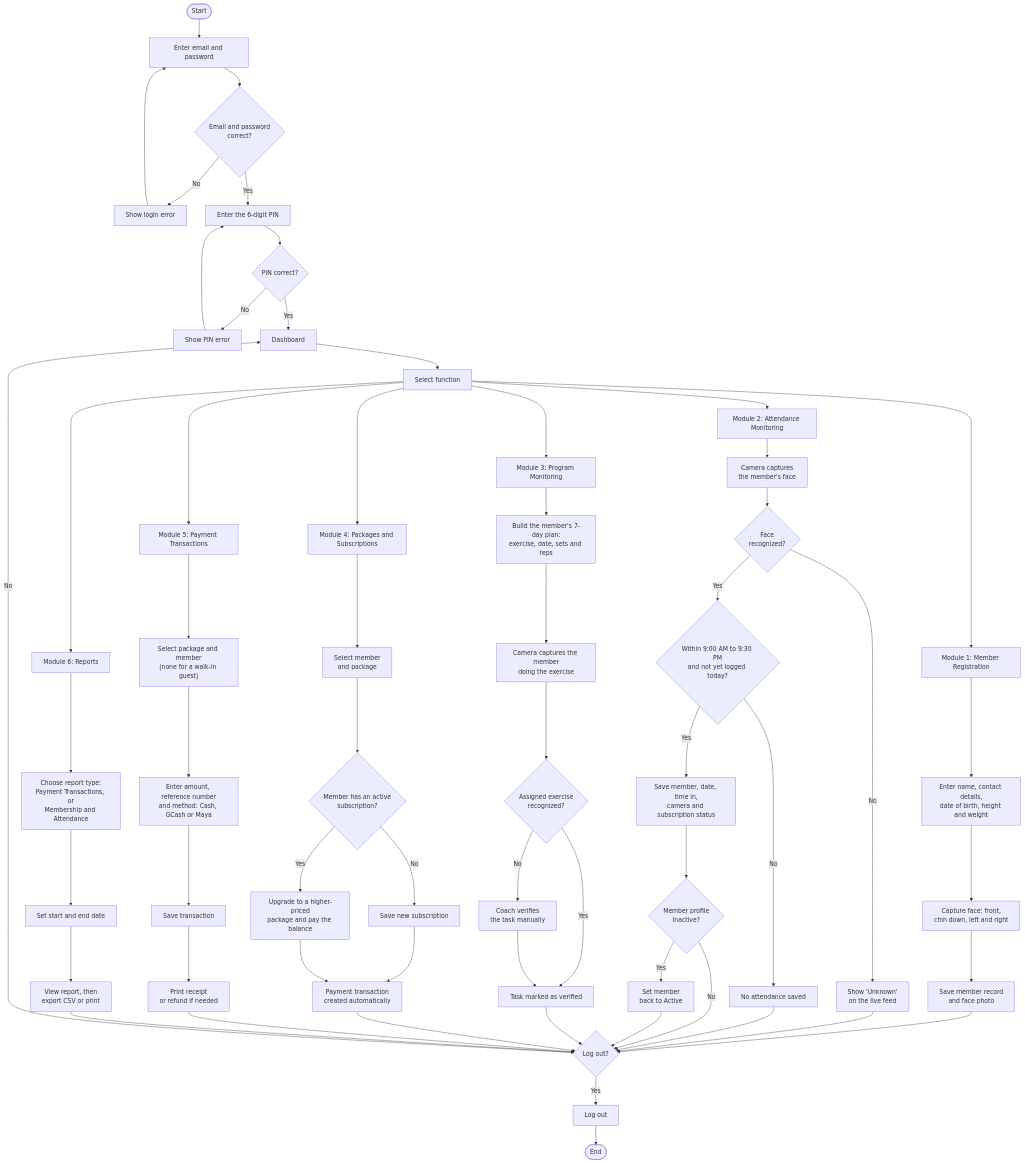
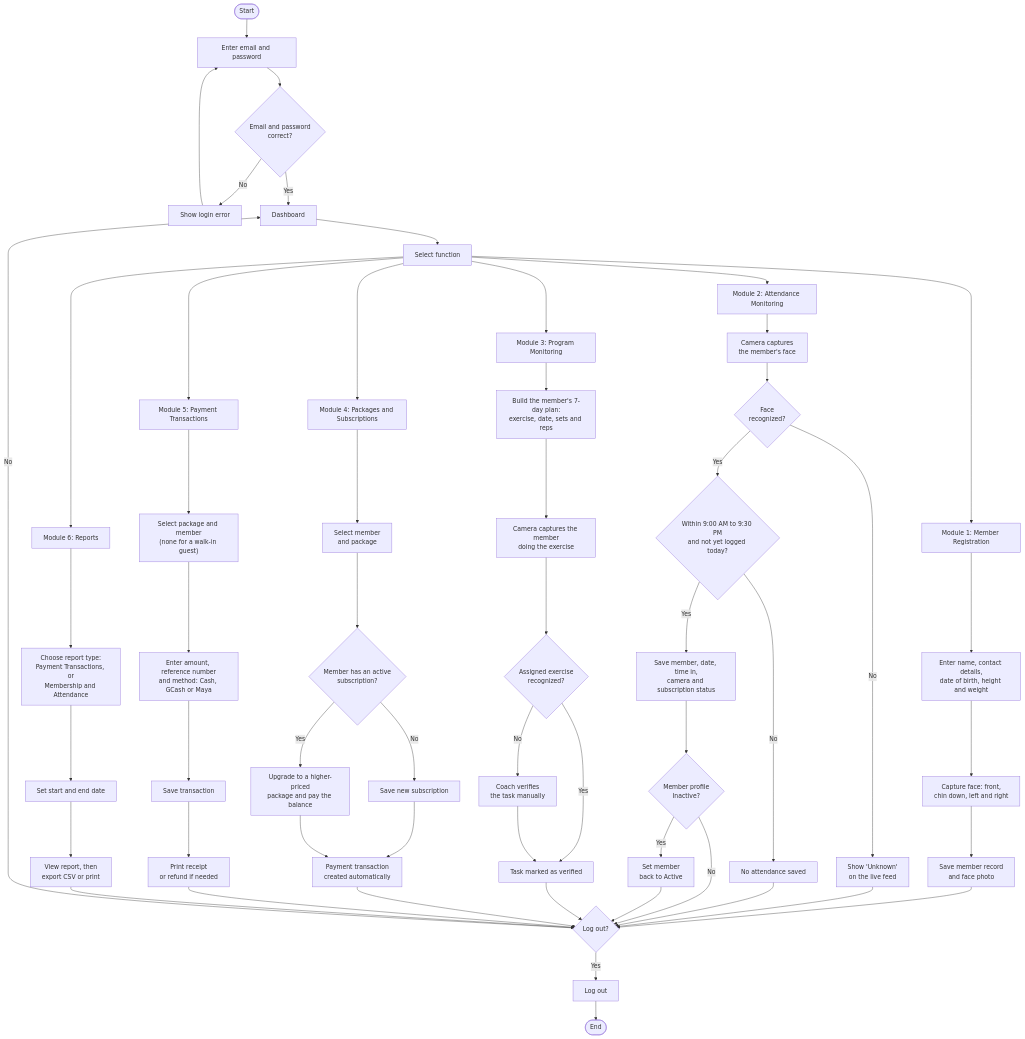
Before and after one commit to Plonteras191/GYM2-CAPSTONE: the second of 9 diagrams in Updated Current Plan For Development/Chapter4_Diagrams (2).md, drawn with Mermaid. The commit also changed other lines of this file and 2 other files, not shown here.

````diff
--- a/Updated Current Plan For Development/Chapter4_Diagrams (2).md
+++ b/Updated Current Plan For Development/Chapter4_Diagrams (2).md
@@ -67,68 +67,64 @@
 ```mermaid
 flowchart TD
     Start([Start]) --> Cred["Enter email and password"]
     Cred --> Valid{"Email and password<br/>correct?"}
     Valid -- No --> Err1["Show login error"]
     Err1 --> Cred
-    Valid -- Yes --> EnterPin["Enter the 6-digit PIN"]
-    EnterPin --> PinOk{"PIN correct?"}
-    PinOk -- No --> Err2["Show PIN error"]
-    Err2 --> EnterPin
-    PinOk -- Yes --> Dash["Dashboard"]
+    Valid -- Yes --> Dash["Dashboard"]
     Dash --> Select["Select function"]
 
     Select --> A1["Module 1: Member Registration"]
     A1 --> A2["Enter name, contact details,<br/>date of birth, height and weight"]
     A2 --> A3["Capture face: front,<br/>chin down, left and right"]
     A3 --> A4["Save member record<br/>and face photo"]
 
     Select --> B1["Module 2: Attendance Monitoring"]
     B1 --> B2["Camera captures<br/>the member's face"]
     B2 --> B3{"Face<br/>recognized?"}
     B3 -- No --> B4["Show 'Unknown'<br/>on the live feed"]
     B3 -- Yes --> B5{"Within 9:00 AM to 9:30 PM<br/>and not yet logged today?"}
     B5 -- No --> B6["No attendance saved"]
     B5 -- Yes --> B7["Save member, date, time in,<br/>camera and subscription status"]
     B7 --> B8{"Member profile<br/>Inactive?"}
     B8 -- Yes --> B9["Set member<br/>back to Active"]
 
     Select --> C1["Module 3: Program Monitoring"]
     C1 --> C2["Build the member's 7-day plan:<br/>exercise, date, sets and reps"]
     C2 --> C3["Camera captures the member<br/>doing the exercise"]
     C3 --> C4{"Assigned exercise<br/>recognized?"}
     C4 -- No --> C5["Coach verifies<br/>the task manually"]
     C4 -- Yes --> C6["Task marked as verified"]
     C5 --> C6
 
     Select --> D1["Module 4: Packages and Subscriptions"]
     D1 --> D2["Select member<br/>and package"]
     D2 --> D3{"Member has an active<br/>subscription?"}
     D3 -- Yes --> D4["Upgrade to a higher-priced<br/>package and pay the balance"]
     D3 -- No --> D5["Save new subscription"]
     D5 --> D6["Payment transaction<br/>created automatically"]
     D4 --> D6
 
     Select --> E1["Module 5: Payment Transactions"]
     E1 --> E2["Select package and member<br/>(none for a walk-in guest)"]
     E2 --> E3["Enter amount, reference number<br/>and method: Cash, GCash or Maya"]
     E3 --> E4["Save transaction"]
     E4 --> E5["Print receipt<br/>or refund if needed"]
 
     Select --> F1["Module 6: Reports"]
     F1 --> F2["Choose report type:<br/>Payment Transactions, or<br/>Membership and Attendance"]
     F2 --> F3["Set start and end date"]
     F3 --> F4["View report, then<br/>export CSV or print"]
 
     A4 --> Out{"Log out?"}
     B4 --> Out
     B6 --> Out
     B8 -- No --> Out
     B9 --> Out
     C6 --> Out
     D6 --> Out
     E5 --> Out
     F4 --> Out
     Out -- No --> Dash
     Out -- Yes --> Logout["Log out"]
     Logout --> End([End])
 ```
````
